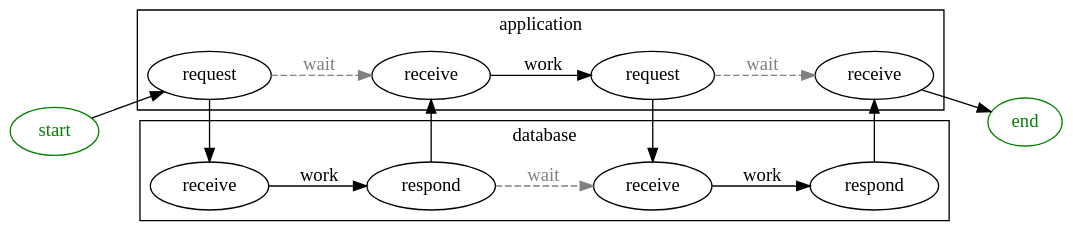
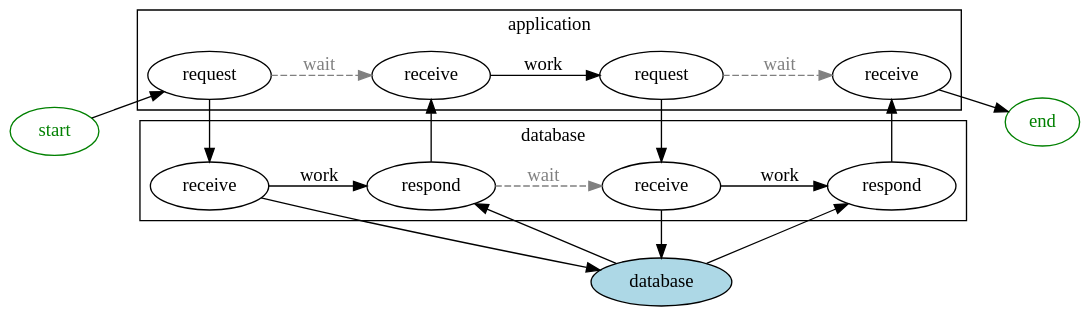
The diagram in sqlbox-fig1.dot (kristapsdz/bchs), drawn with Graphviz before and after one commit. The commit also changed 8 other files, not shown here.

Commit message:
Add more graphs.

```diff
--- a/sqlbox-fig1.dot
+++ b/sqlbox-fig1.dot
@@ -1,40 +1,46 @@
 digraph {
 	bgcolor="transparent";
 	rankdir="LR";
 
 	start[color="green"; fontcolor="green"];
 	end[color="green"; fontcolor="green"];
 
 	start -> b;
 	start -> c[style=invis];
 
 	subgraph cluster0 { 
 		label="application";
 		b[label="request"];
 		e[label="receive"];
 		b -> e[style=dashed; label="wait", color=gray, fontcolor=gray];
 		f[label="request"];
 		g[label="receive"];
 		e -> f[label="work"];
 		f -> g[style=dashed; label="wait", color=gray, fontcolor=gray];
 	}
 	subgraph cluster1 { 
 		label="database";
 		c[label="receive"];
 		d[label="respond"];
 		c -> d[label="work"]; 
 		h[label="receive"];
 		i[label="respond"];
 		d -> h[style=dashed; label="wait", color=gray, fontcolor=gray]; 
 		h -> i[label="work"]; 
 	}
 
+	database[style=filled; fillcolor="lightblue"];
+	c -> database;
+	database -> d;
+	h -> database;
+	database -> i;
+
 	b -> c;
 	d -> e;
 
 	f -> h;
 	i -> g;
 
 	i -> end[style=invis];
 	g -> end;
 }
```
